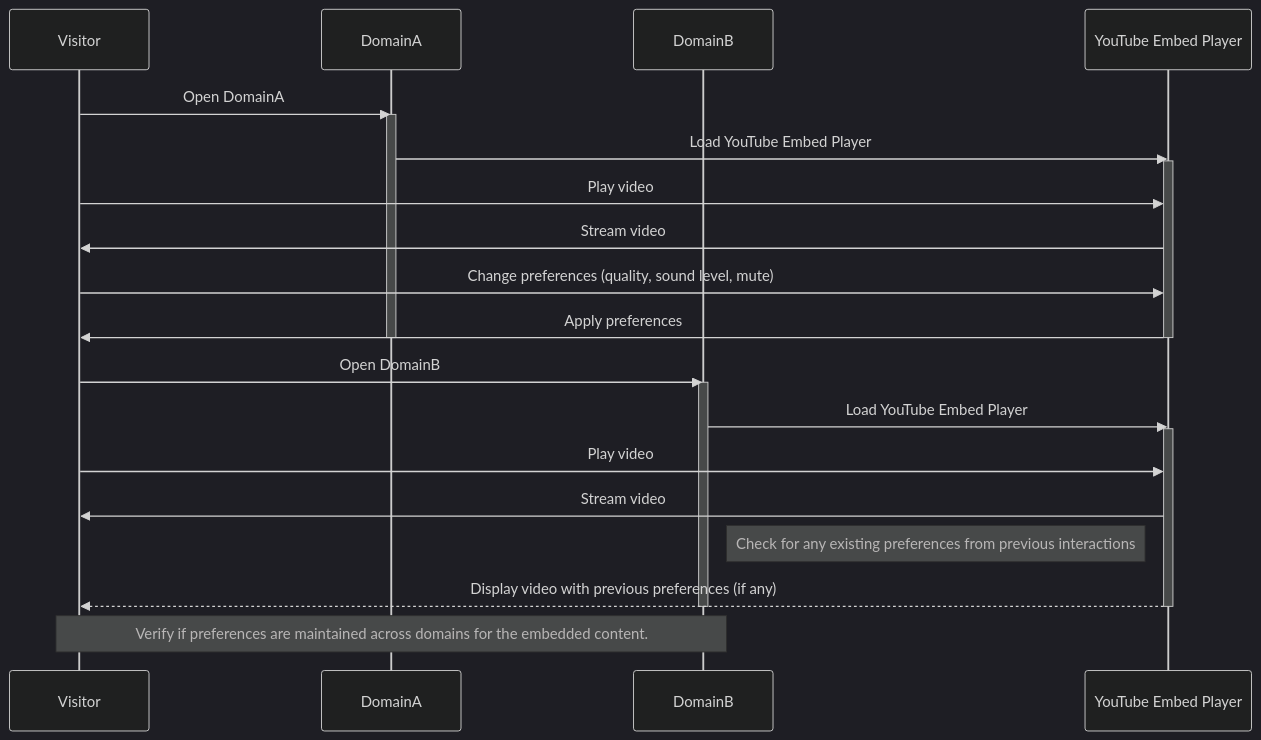
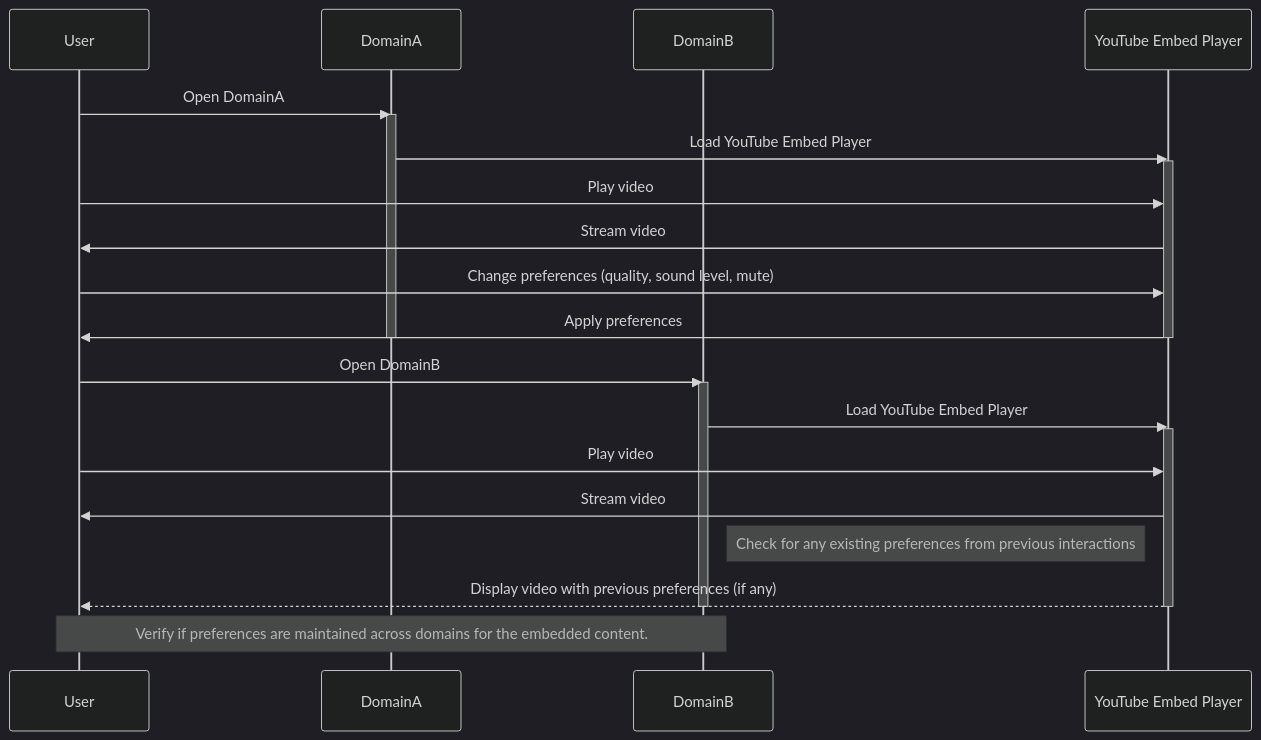
The third of 4 diagrams in README.md (rtCamp/psat-demos), drawn with Mermaid (dark theme) before and after one commit. The commit also changed other lines of this file, not shown here.

Commit message:
Update sequence diagram in the README.md

````diff
--- a/README.md
+++ b/README.md
@@ -168,32 +184,32 @@
 ```mermaid
 sequenceDiagram
-    participant Visitor
+    participant User
     participant DomainA
     participant DomainB
     participant YouTube as YouTube Embed Player
     
 
-    Visitor->>DomainA: Open DomainA
+    User->>DomainA: Open DomainA
     activate DomainA
     DomainA->>YouTube: Load YouTube Embed Player
     activate YouTube
-    Visitor->>YouTube: Play video
-    YouTube->>Visitor: Stream video
-    Visitor->>YouTube: Change preferences (quality, sound level, mute)
-    YouTube->>Visitor: Apply preferences
+    User->>YouTube: Play video
+    YouTube->>User: Stream video
+    User->>YouTube: Change preferences (quality, sound level, mute)
+    YouTube->>User: Apply preferences
     deactivate YouTube
     deactivate DomainA
 
-    Visitor->>DomainB: Open DomainB
+    User->>DomainB: Open DomainB
     activate DomainB
     DomainB->>YouTube: Load YouTube Embed Player
     activate YouTube
-    Visitor->>YouTube: Play video
-    YouTube->>Visitor: Stream video
+    User->>YouTube: Play video
+    YouTube->>User: Stream video
     Note left of YouTube: Check for any existing preferences from previous interactions
-    YouTube-->>Visitor: Display video with previous preferences (if any)
+    YouTube-->>User: Display video with previous preferences (if any)
     deactivate YouTube
     deactivate DomainB
 
-    Note over Visitor, DomainB: Verify if preferences are maintained across domains for the embedded content.
+    Note over User, DomainB: Verify if preferences are maintained across domains for the embedded content.
 ```
````
